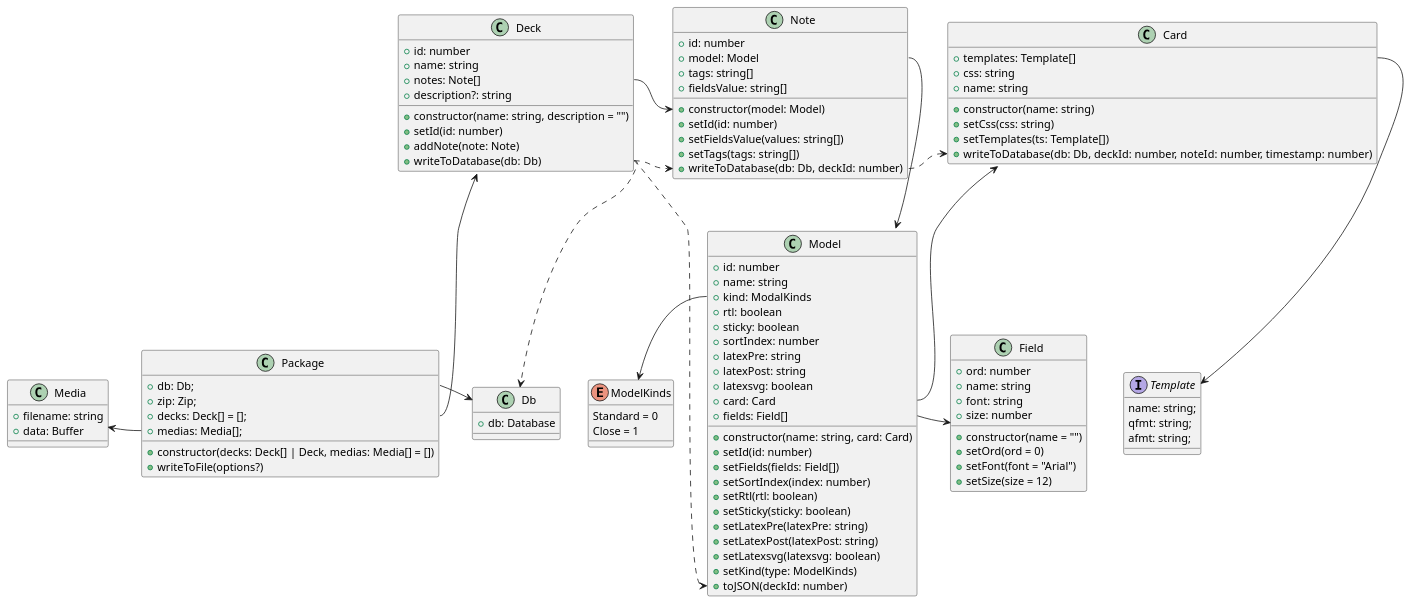
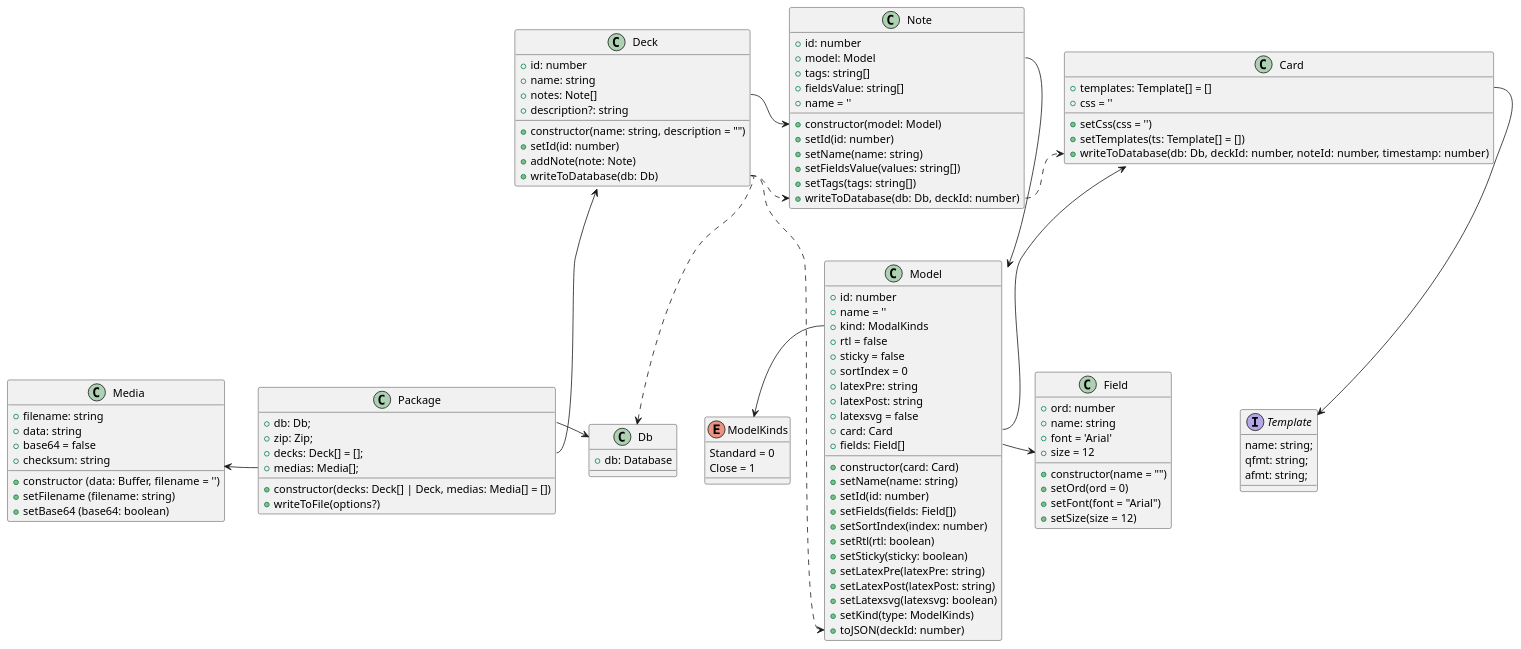
One commit to babycannotsay/anki-apkg-generator changed the diagram in uml.md. Above: the diagram before and after it, drawn with PlantUML. The commit also changed 12 other files, not shown here.

```diff
--- a/uml.md
+++ b/uml.md
@@ -17,8 +17,10 @@
     +model: Model
     +tags: string[]
     +fieldsValue: string[]
+    +name = ''
     +constructor(model: Model)
     +setId(id: number)
+    +setName(name: string)
     +setFieldsValue(values: string[])
     +setTags(tags: string[])
     +writeToDatabase(db: Db, deckId: number)
@@ -28,17 +30,18 @@
 
 class Model {
     +id: number
-    +name: string
+    +name = ''
     +kind: ModalKinds
-    +rtl: boolean
-    +sticky: boolean
-    +sortIndex: number
+    +rtl = false
+    +sticky = false
+    +sortIndex = 0
     +latexPre: string
     +latexPost: string
-    +latexsvg: boolean
+    +latexsvg = false
     +card: Card
     +fields: Field[]
-    +constructor(name: string, card: Card)
+    +constructor(card: Card)
+    +setName(name: string)
     +setId(id: number)
     +setFields(fields: Field[])
     +setSortIndex(index: number)
@@ -64,20 +67,18 @@
 class Field {
     +ord: number
     +name: string
-    +font: string
-    +size: number
+    +font = 'Arial'
+    +size = 12
     +constructor(name = "")
     +setOrd(ord = 0)
     +setFont(font = "Arial")
     +setSize(size = 12)
 }
 class Card {
-    +templates: Template[]
-    +css: string
-    +name: string
-    +constructor(name: string)
-    +setCss(css: string)
-    +setTemplates(ts: Template[])
+    +templates: Template[] = []
+    +css = ''
+    +setCss(css = '')
+    +setTemplates(ts: Template[] = [])
     +writeToDatabase(db: Db, deckId: number, noteId: number, timestamp: number)
 }
 interface Template {
@@ -104,7 +105,12 @@
 
 class Media {
     +filename: string
-    +data: Buffer
+    +data: string
+    +base64 = false
+    +checksum: string
+    +constructor (data: Buffer, filename = '')
+    +setFilename (filename: string)
+    +setBase64 (base64: boolean)
 }
 Package::medias -left-> Media
 @enduml
```
